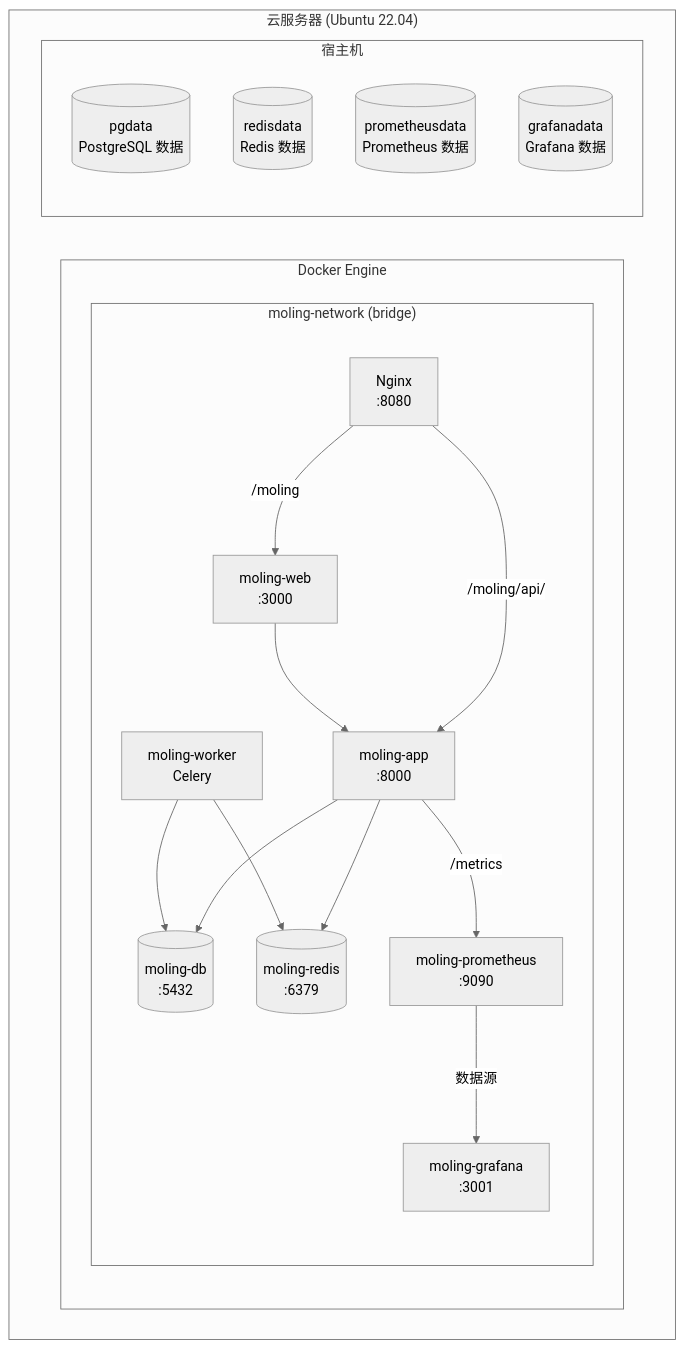
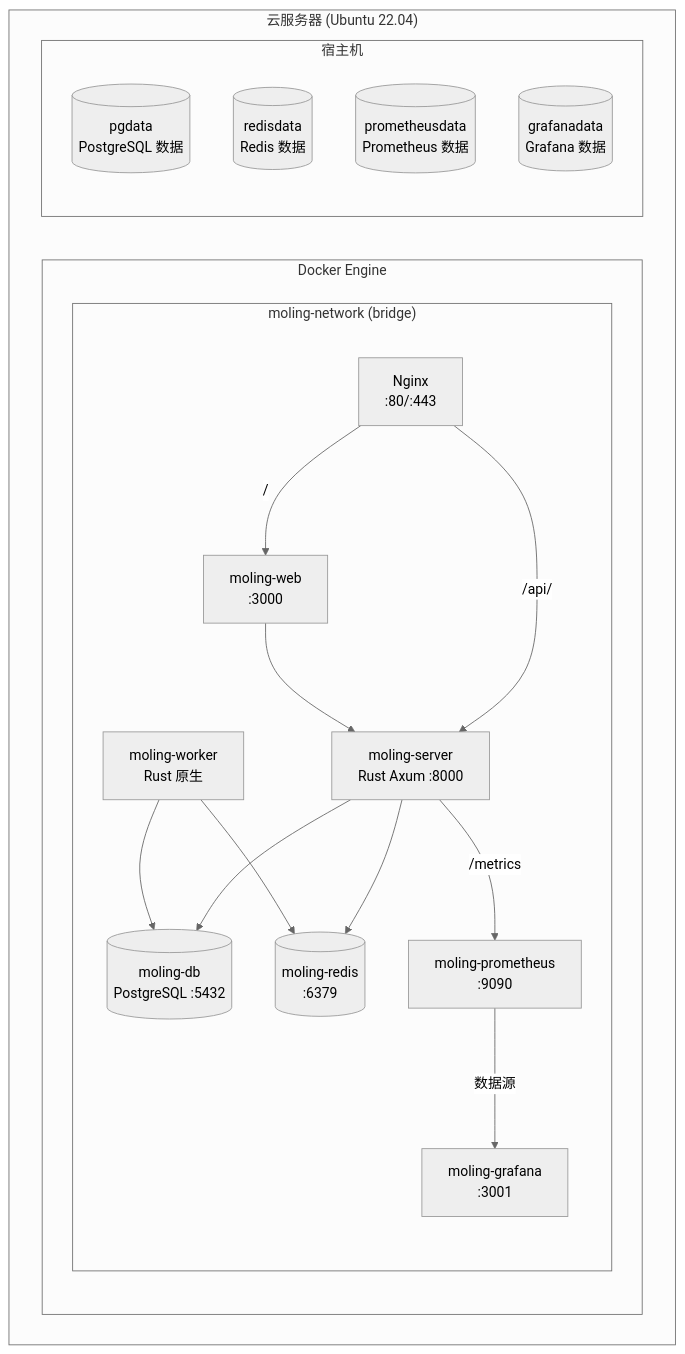
One commit to 2eho/moling changed the sixth of 7 diagrams in docs/ARCHITECTURE.md. Above: the diagram before and after it, drawn with Mermaid (neutral theme). The commit also changed other lines of this file and 185 other files, not shown here.

````diff
--- a/docs/ARCHITECTURE.md
+++ b/docs/ARCHITECTURE.md
@@ -406,34 +484,34 @@
 ```mermaid
 graph TB
     subgraph "云服务器 (Ubuntu 22.04)"
         subgraph "Docker Engine"
             subgraph "moling-network (bridge)"
-                NGINX[Nginx<br/>:8080]
+                NGINX[Nginx<br/>:80/:443]
                 WEB[moling-web<br/>:3000]
-                APP[moling-app<br/>:8000]
-                WORKER[moling-worker<br/>Celery]
-                DB[(moling-db<br/>:5432)]
+                SERVER[moling-server<br/>Rust Axum :8000]
+                WORKER[moling-worker<br/>Rust 原生]
+                DB[(moling-db<br/>PostgreSQL :5432)]
                 REDIS[(moling-redis<br/>:6379)]
                 PROM[moling-prometheus<br/>:9090]
                 GRAF[moling-grafana<br/>:3001]
             end
         end
 
         subgraph "宿主机"
             VOLUME1[(pgdata<br/>PostgreSQL 数据)]
             VOLUME2[(redisdata<br/>Redis 数据)]
             VOLUME3[(prometheusdata<br/>Prometheus 数据)]
             VOLUME4[(grafanadata<br/>Grafana 数据)]
         end
     end
 
-    NGINX -->|/moling| WEB
-    NGINX -->|/moling/api/| APP
-    WEB --> APP
-    APP --> DB
-    APP --> REDIS
+    NGINX -->|/| WEB
+    NGINX -->|/api/| SERVER
+    WEB --> SERVER
+    SERVER --> DB
+    SERVER --> REDIS
     WORKER --> DB
     WORKER --> REDIS
-    APP -->|/metrics| PROM
+    SERVER -->|/metrics| PROM
     PROM -->|数据源| GRAF
 ```
````
